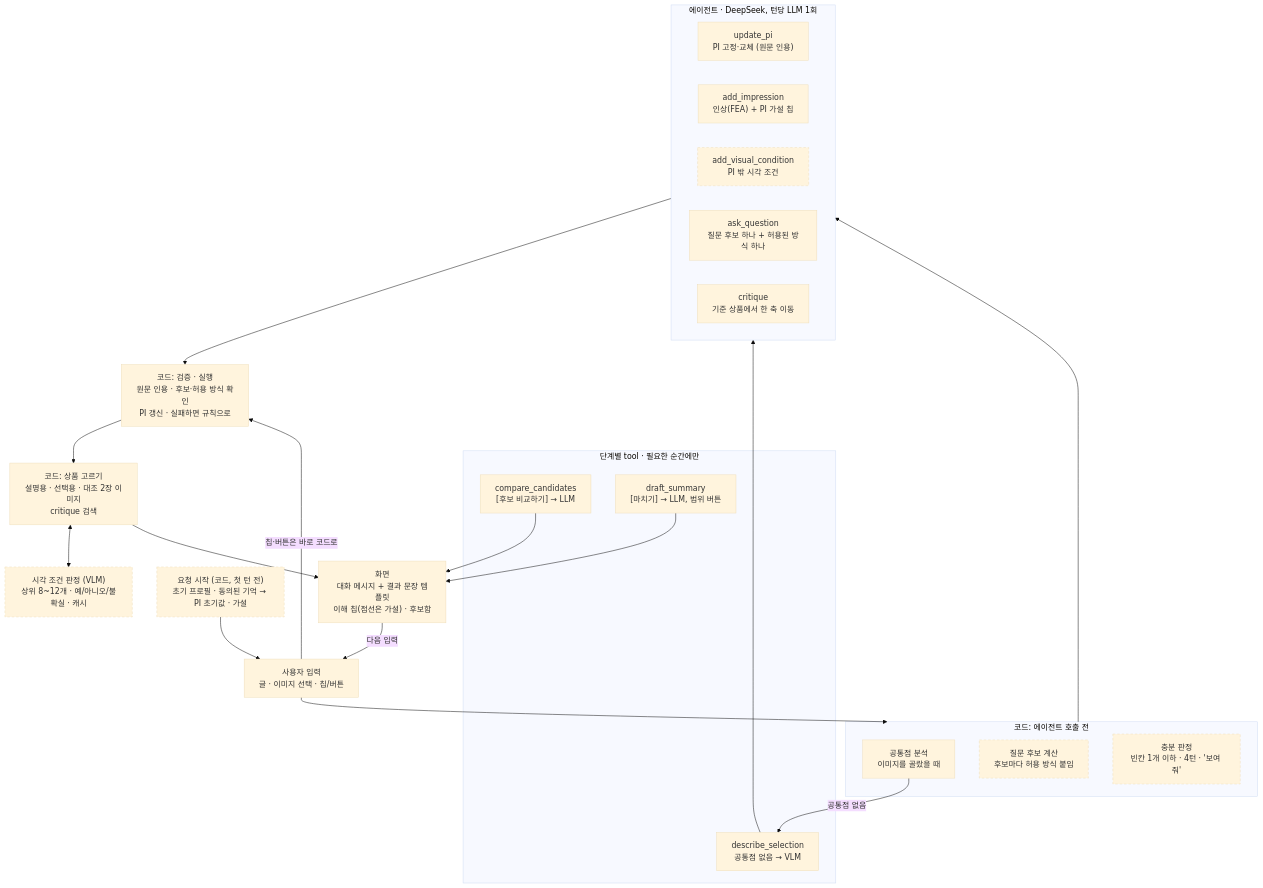
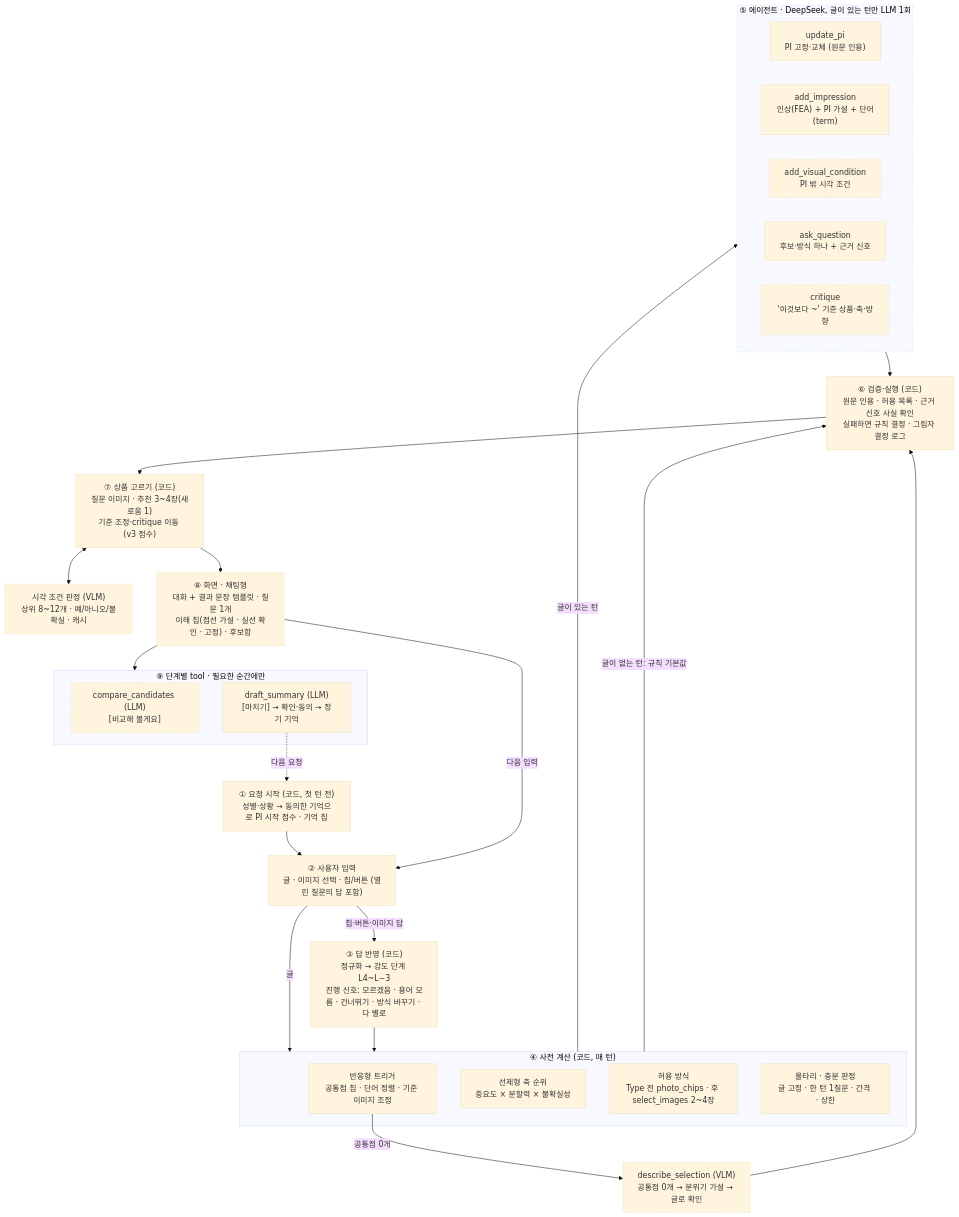
Before and after one commit to jongrionro-debug/HCI_HANDSOME: the diagram in docs/specs/agent-pipeline.md, drawn with Mermaid (base theme). The commit also changed other lines of this file and 1 other file, not shown here.

````diff
--- a/docs/specs/agent-pipeline.md
+++ b/docs/specs/agent-pipeline.md
@@ -77,41 +80,45 @@
 ```mermaid
 flowchart TD
-    ST0["요청 시작 (코드, 첫 턴 전)<br/>초기 프로필 · 동의된 기억 → PI 초기값 · 가설"]
-    U["사용자 입력<br/>글 · 이미지 선택 · 칩/버튼"]
-    subgraph PRE["코드: 에이전트 호출 전"]
-        C1["공통점 분석<br/>이미지를 골랐을 때"]
-        C2["질문 후보 계산<br/>후보마다 허용 방식 붙임"]
-        C3["충분 판정<br/>빈칸 1개 이하 · 4턴 · '보여 줘'"]
+    ST0["① 요청 시작 (코드, 첫 턴 전)<br/>성별·상황 → 동의한 기억으로 PI 시작 점수 · 기억 칩"]
+    U["② 사용자 입력<br/>글 · 이미지 선택 · 칩/버튼 (열린 질문의 답 포함)"]
+    A["③ 답 반영 (코드)<br/>정규화 → 강도 단계 L4~L−3<br/>진행 신호: 모르겠음 · 용어 모름 · 건너뛰기 · 방식 바꾸기 · 다 별로"]
+    subgraph PRE["④ 사전 계산 (코드, 매 턴)"]
+        C1["반응형 트리거<br/>공통점 칩 · 단어 정렬 · 기준 이미지 조정"]
+        C2["선제형 축 순위<br/>중요도 × 분할력 × 불확실성"]
+        C3["허용 방식<br/>Type 전 photo_chips · 후 select_images 2~4장"]
+        C4["울타리 · 충분 판정<br/>글 고정 · 한 턴 1질문 · 간격 · 상한"]
     end
-    subgraph AG["에이전트 · DeepSeek, 턴당 LLM 1회"]
+    D1["describe_selection (VLM)<br/>공통점 0개 → 분위기 가설 → 글로 확인"]
+    subgraph AG["⑤ 에이전트 · DeepSeek, 글이 있는 턴만 LLM 1회"]
         T1["update_pi<br/>PI 고정·교체 (원문 인용)"]
-        T2["add_impression<br/>인상(FEA) + PI 가설 칩"]
+        T2["add_impression<br/>인상(FEA) + PI 가설 + 단어(term)"]
         T3["add_visual_condition<br/>PI 밖 시각 조건"]
-        T4["ask_question<br/>질문 후보 하나 + 허용된 방식 하나"]
-        T5["critique<br/>기준 상품에서 한 축 이동"]
+        T4["ask_question<br/>후보·방식 하나 + 근거 신호"]
+        T5["critique<br/>'이것보다 ~' 기준 상품·축·방향"]
     end
-    V["코드: 검증 · 실행<br/>원문 인용 · 후보·허용 방식 확인<br/>PI 갱신 · 실패하면 규칙으로"]
-    P["코드: 상품 고르기<br/>설명용 · 선택용 · 대조 2장 이미지<br/>critique 검색"]
+    V["⑥ 검증·실행 (코드)<br/>원문 인용 · 허용 목록 · 근거 신호 사실 확인<br/>실패하면 규칙 결정 · 그림자 결정 로그"]
+    P["⑦ 상품 고르기 (코드)<br/>질문 이미지 · 추천 3~4장(새로움 1)<br/>기준 조정·critique 이동 (v3 점수)"]
     VLM["시각 조건 판정 (VLM)<br/>상위 8~12개 · 예/아니오/불확실 · 캐시"]
-    S["화면<br/>대화 메시지 + 결과 문장 템플릿<br/>이해 칩(점선은 가설) · 후보함"]
-    subgraph STG["단계별 tool · 필요한 순간에만"]
-        D1["describe_selection<br/>공통점 없음 → VLM"]
-        D2["compare_candidates<br/>[후보 비교하기] → LLM"]
-        D3["draft_summary<br/>[마치기] → LLM, 범위 버튼"]
+    S["⑧ 화면 · 채팅형<br/>대화 + 결과 문장 템플릿 · 질문 1개<br/>이해 칩(점선 가설 · 실선 확인 · 고정) · 후보함"]
+    subgraph STG["⑨ 단계별 tool · 필요한 순간에만"]
+        D2["compare_candidates (LLM)<br/>[비교해 볼게요]"]
+        D3["draft_summary (LLM)<br/>[마치기] → 확인·동의 → 장기 기억"]
     end
     ST0 --> U
-    U --> PRE
-    U -- "칩·버튼은 바로 코드로" --> V
-    C1 -- "공통점 없음" --> D1
-    D1 --> AG
-    PRE --> AG
+    U -- "칩·버튼·이미지 답" --> A
+    U -- "글" --> PRE
+    A --> PRE
+    C1 -- "공통점 0개" --> D1
+    D1 --> V
+    PRE -- "글이 있는 턴" --> AG
+    PRE -- "글이 없는 턴: 규칙 기본값" --> V
     AG --> V
     V --> P
     P <--> VLM
     P --> S
-    D2 --> S
-    D3 --> S
     S -- "다음 입력" --> U
-    classDef added stroke-dasharray: 5 4
-    class ST0,C2,C3,T3,VLM added
+    S --> STG
+    D3 -. "다음 요청" .-> ST0
+    classDef todo stroke-dasharray: 5 4
+    class AG,T3,T5,D1,VLM,S,D2 todo
 ```
````
